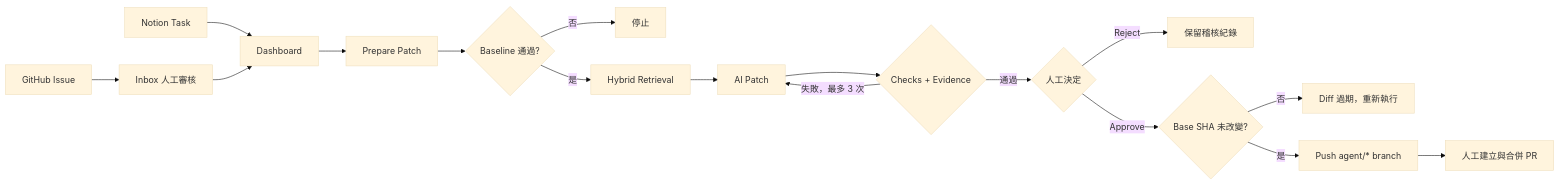
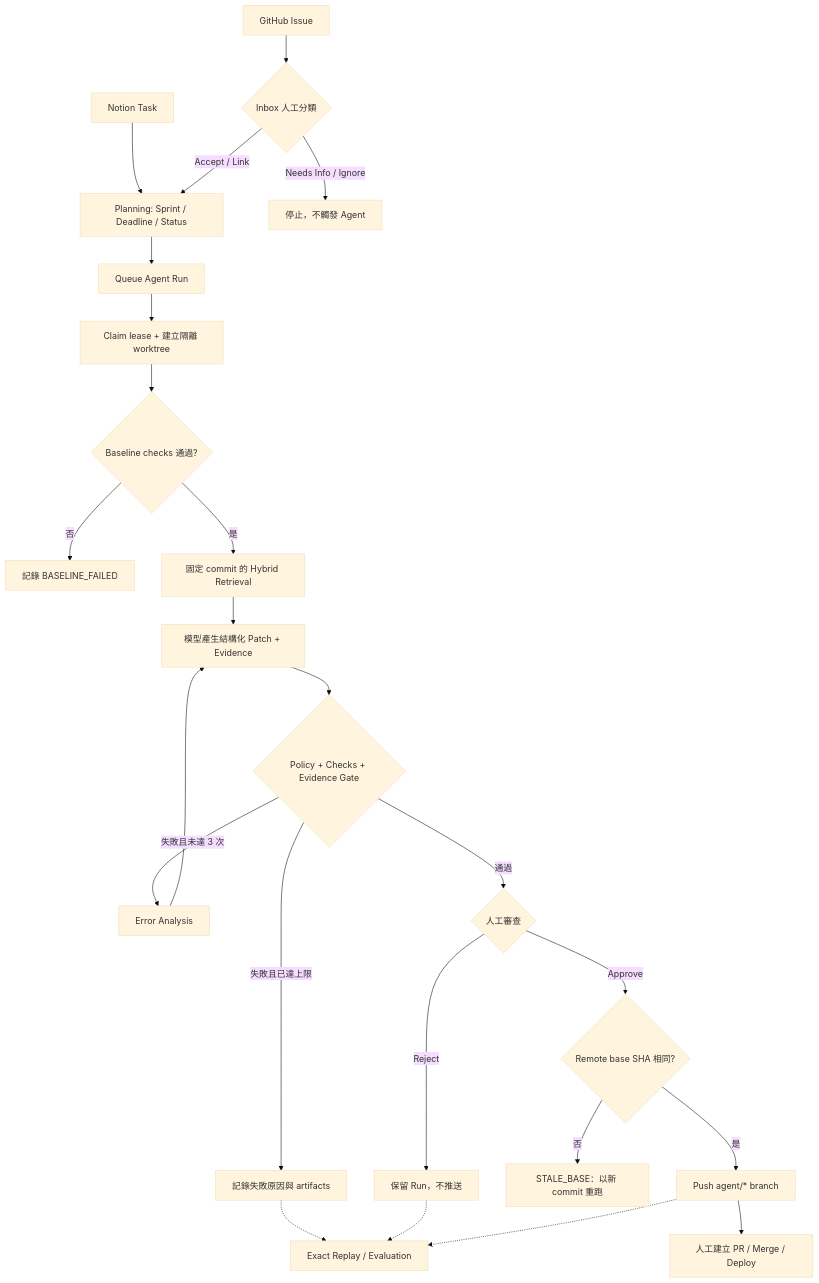
One commit to c-y-s-s/notion-github-coding-agent changed the diagram in README.md. Above: the diagram before and after it, drawn with Mermaid (base theme). The commit also changed other lines of this file, not shown here.

````diff
--- a/README.md
+++ b/README.md
@@ -55,19 +80,27 @@
 ```mermaid
-flowchart LR
-    N[Notion Task] --> D[Dashboard]
-    G[GitHub Issue] --> I[Inbox 人工審核]
-    I --> D
-    D --> Q[Prepare Patch]
-    Q --> B{Baseline 通過?}
-    B -->|否| X[停止]
-    B -->|是| R[Hybrid Retrieval]
-    R --> P[AI Patch]
-    P --> C{Checks + Evidence}
-    C -->|失敗，最多 3 次| P
-    C -->|通過| H{人工決定}
-    H -->|Reject| A[保留稽核紀錄]
-    H -->|Approve| S{Base SHA 未改變?}
-    S -->|否| E[Diff 過期，重新執行]
+flowchart TD
+    N[Notion Task] --> P[Planning: Sprint / Deadline / Status]
+    G[GitHub Issue] --> I{Inbox 人工分類}
+    I -->|Needs Info / Ignore| Z[停止，不觸發 Agent]
+    I -->|Accept / Link| P
+
+    P --> Q[Queue Agent Run]
+    Q --> L[Claim lease + 建立隔離 worktree]
+    L --> B{Baseline checks 通過?}
+    B -->|否| BF[記錄 BASELINE_FAILED]
+    B -->|是| R[固定 commit 的 Hybrid Retrieval]
+    R --> M[模型產生結構化 Patch + Evidence]
+    M --> C{Policy + Checks + Evidence Gate}
+    C -->|失敗且未達 3 次| E[Error Analysis] --> M
+    C -->|失敗且已達上限| F[記錄失敗原因與 artifacts]
+    C -->|通過| H{人工審查}
+    H -->|Reject| RJ[保留 Run，不推送]
+    H -->|Approve| S{Remote base SHA 相同?}
+    S -->|否| ST[STALE_BASE：以新 commit 重跑]
     S -->|是| U[Push agent/* branch]
-    U --> M[人工建立與合併 PR]
+    U --> PR[人工建立 PR / Merge / Deploy]
+
+    F -.-> RP[Exact Replay / Evaluation]
+    RJ -.-> RP
+    U -.-> RP
 ```
````
